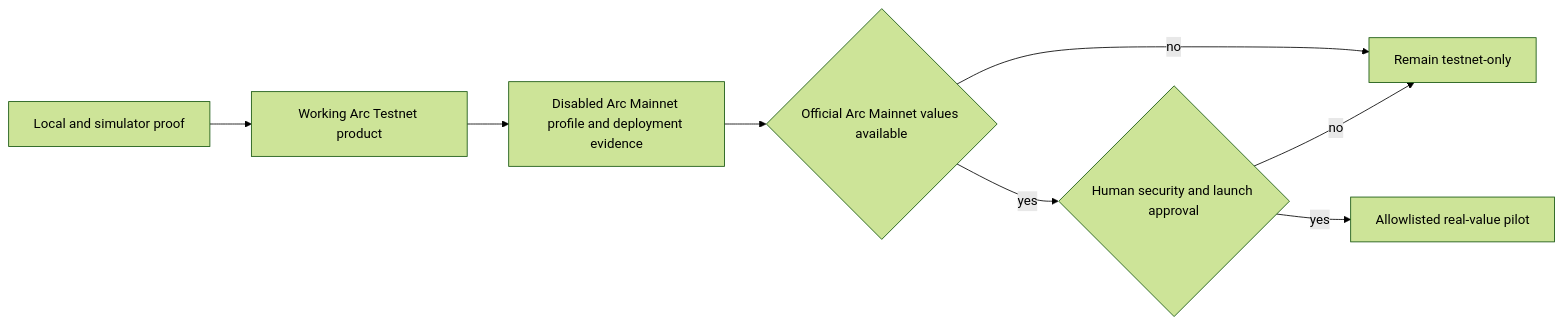
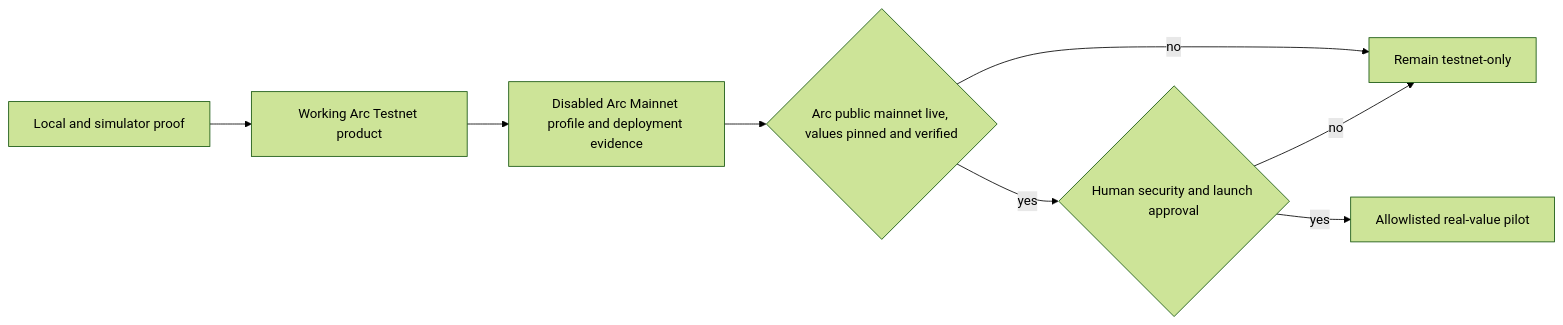
One commit to SWOFART/OneShot changed the third of 5 diagrams in plan.md. Above: the diagram before and after it, drawn with Mermaid (forest theme). The commit also changed other lines of this file and 1 other file, not shown here.

First line of the commit message:
docs(plan): map sponsor claims and Arc qualification

````diff
--- a/plan.md
+++ b/plan.md
@@ -216,10 +243,10 @@
 ```mermaid
 flowchart LR
     Local[Local and simulator proof] --> Testnet[Working Arc Testnet product]
     Testnet --> Ready[Disabled Arc Mainnet profile and deployment evidence]
-    Ready --> Values{Official Arc Mainnet values available}
+    Ready --> Values{Arc public mainnet live, values pinned and verified}
     Values -->|no| Hold[Remain testnet-only]
     Values -->|yes| Human{Human security and launch approval}
     Human -->|no| Hold
     Human -->|yes| Pilot[Allowlisted real-value pilot]
 ```
````
